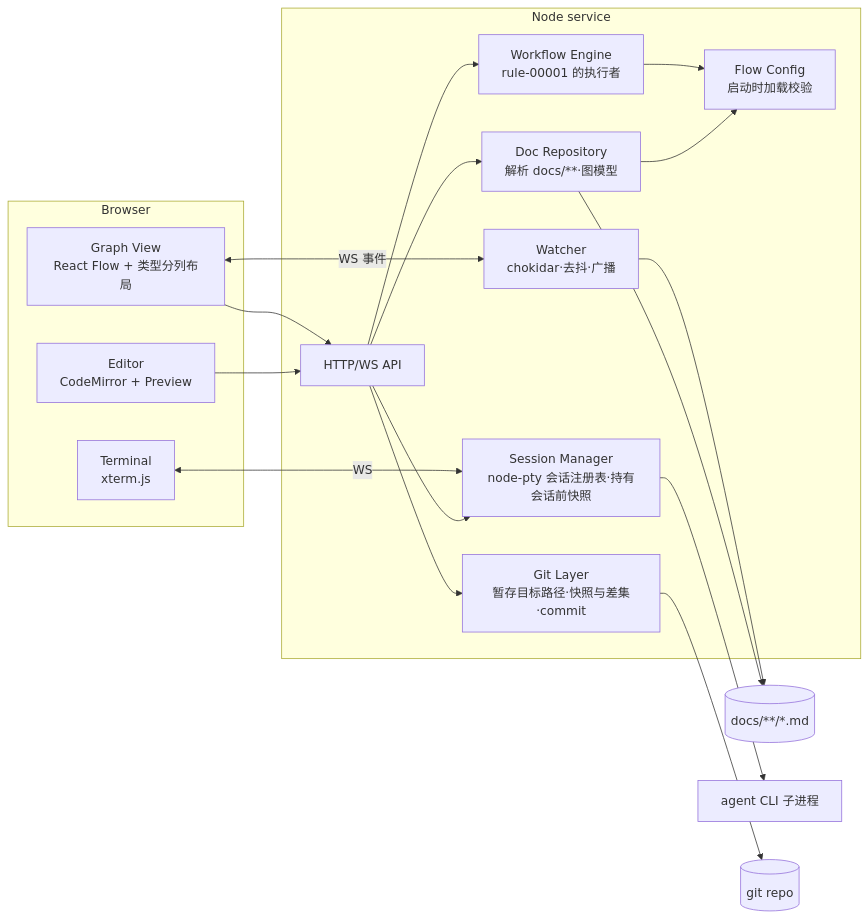
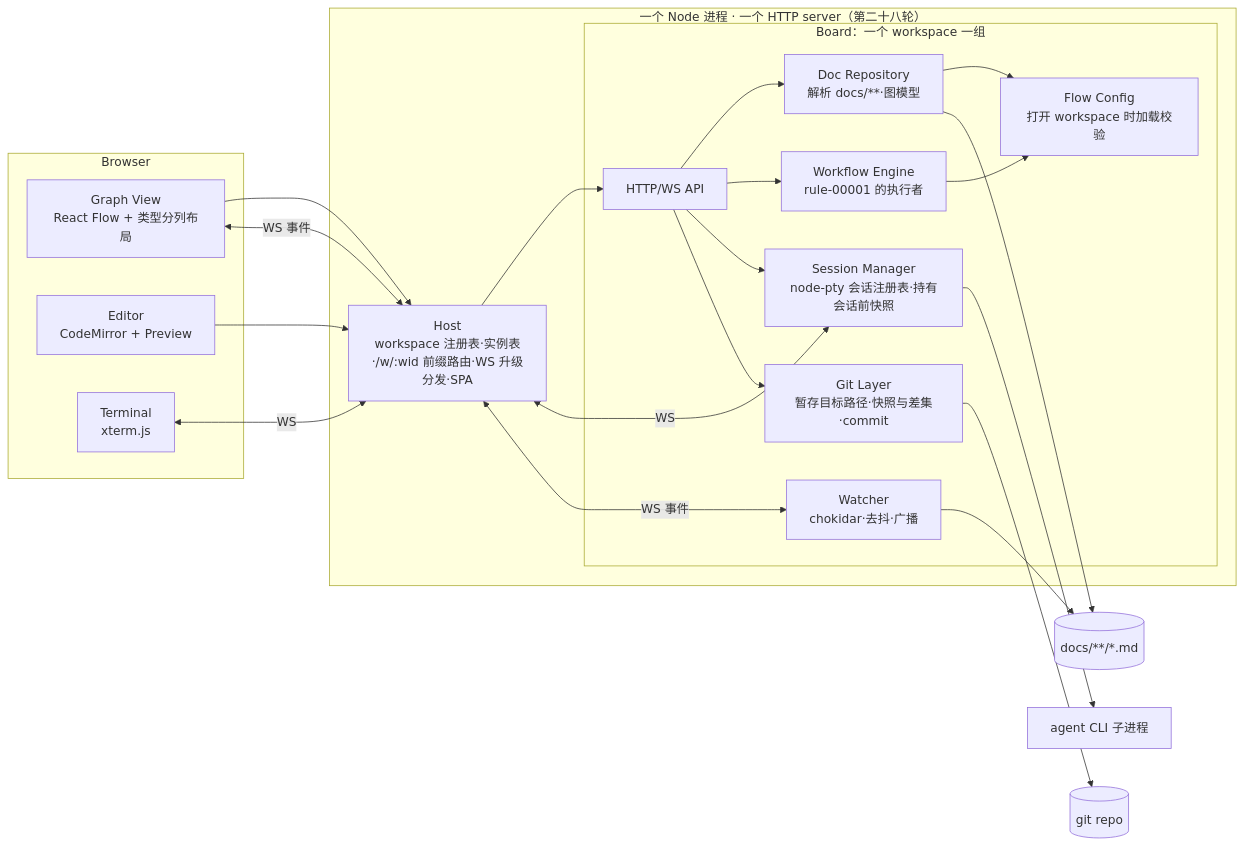
Before and after one commit to ryan-alexander-zhang/persimmon: the first of 8 diagrams in docs/design/design-00001-docs-whiteboard.md, drawn with Mermaid. The commit also changed other lines of this file and 15 other files, not shown here.

````diff
--- a/docs/design/design-00001-docs-whiteboard.md
+++ b/docs/design/design-00001-docs-whiteboard.md
@@ -33,27 +33,33 @@
 ```mermaid
 flowchart LR
   subgraph Browser
     GV[Graph View<br/>React Flow + 类型分列布局]
     ED[Editor<br/>CodeMirror + Preview]
     TM[Terminal<br/>xterm.js]
   end
-  subgraph Node service
-    API[HTTP/WS API]
-    DR[Doc Repository<br/>解析 docs/**·图模型]
-    WE[Workflow Engine<br/>rule-00001 的执行者]
-    SM[Session Manager<br/>node-pty 会话注册表·持有会话前快照]
-    GL[Git Layer<br/>暂存目标路径·快照与差集·commit]
-    CFG[Flow Config<br/>启动时加载校验]
-    WA[Watcher<br/>chokidar·去抖·广播]
+  subgraph Process["一个 Node 进程 · 一个 HTTP server（第二十八轮）"]
+    HOST[Host<br/>workspace 注册表·实例表·/w/:wid 前缀路由·WS 升级分发·SPA]
+    subgraph Board["Board：一个 workspace 一组"]
+      API[HTTP/WS API]
+      DR[Doc Repository<br/>解析 docs/**·图模型]
+      WE[Workflow Engine<br/>rule-00001 的执行者]
+      SM[Session Manager<br/>node-pty 会话注册表·持有会话前快照]
+      GL[Git Layer<br/>暂存目标路径·快照与差集·commit]
+      CFG[Flow Config<br/>打开 workspace 时加载校验]
+      WA[Watcher<br/>chokidar·去抖·广播]
+    end
   end
-  GV & ED --> API
-  TM <--WS--> SM
-  GV <--WS 事件--> WA
+  GV & ED --> HOST
+  HOST --> API
+  TM <--WS--> HOST
+  HOST <--WS--> SM
+  GV <--WS 事件--> HOST
+  HOST <--WS 事件--> WA
   WA --> FS
   API --> DR & WE & SM & GL
   WE --> CFG
   DR --> CFG
   DR --> FS[(docs/**/*.md)]
   SM --> CLI[agent CLI 子进程]
   GL --> GIT[(git repo)]
 ```
````
